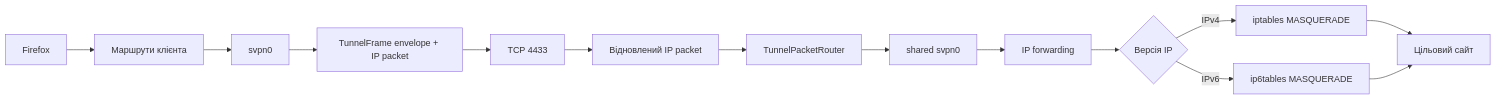
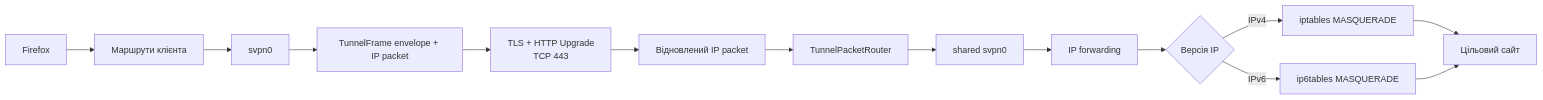
One commit to podkolzzzin/VPNSample changed the fifth of 7 diagrams in ARCHITECTURE.md. Above: the diagram before and after it, drawn with Mermaid. The commit also changed other lines of this file and 19 other files, not shown here.

````diff
--- a/ARCHITECTURE.md
+++ b/ARCHITECTURE.md
@@ -169,16 +176,16 @@
 ```mermaid
 flowchart LR
     Browser[Firefox] --> CRoute[Маршрути клієнта]
     CRoute --> ClientTun[svpn0]
     ClientTun --> Frame[TunnelFrame envelope + IP packet]
-    Frame --> TCP[TCP 4433]
-    TCP --> Unframe[Відновлений IP packet]
+    Frame --> HTTPS[TLS + HTTP Upgrade<br/>TCP 443]
+    HTTPS --> Unframe[Відновлений IP packet]
     Unframe --> Router[TunnelPacketRouter]
     Router --> ServerTun[shared svpn0]
     ServerTun --> Forward[IP forwarding]
     Forward --> Choice{Версія IP}
     Choice -->|IPv4| NAT44[iptables MASQUERADE]
     Choice -->|IPv6| NAT66[ip6tables MASQUERADE]
     NAT44 --> Web[Цільовий сайт]
     NAT66 --> Web
 ```
````
